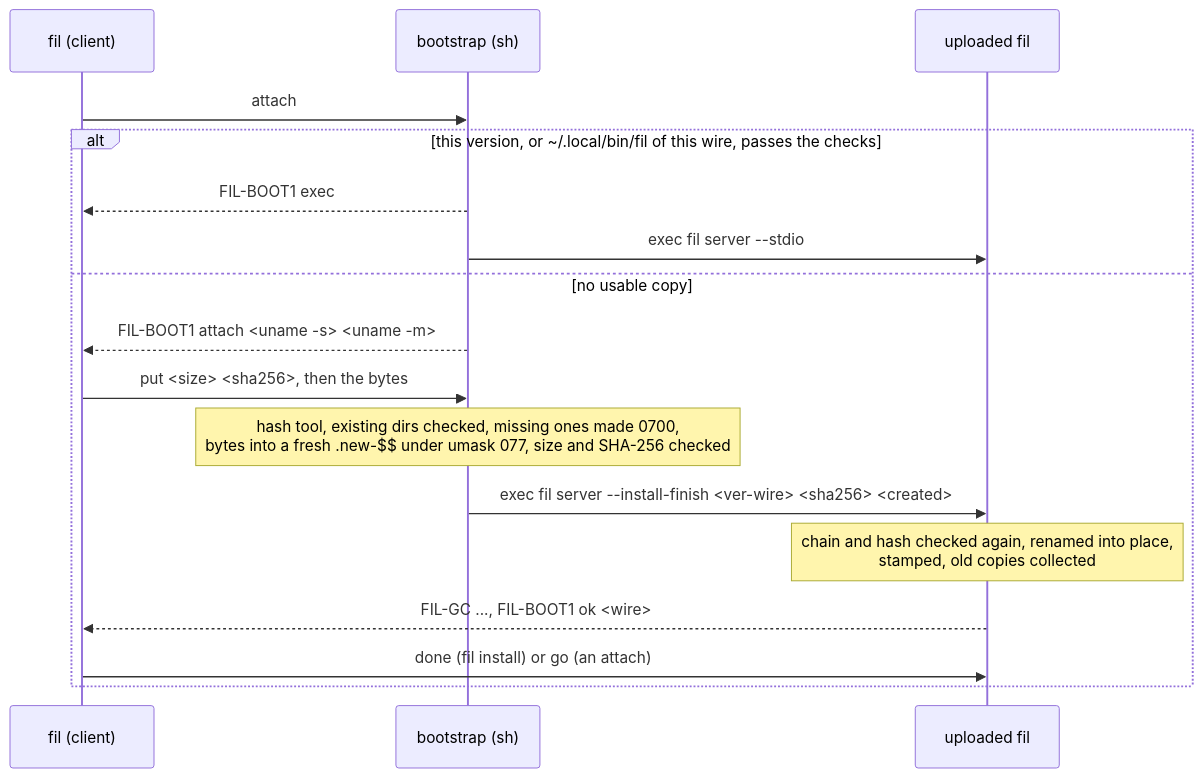
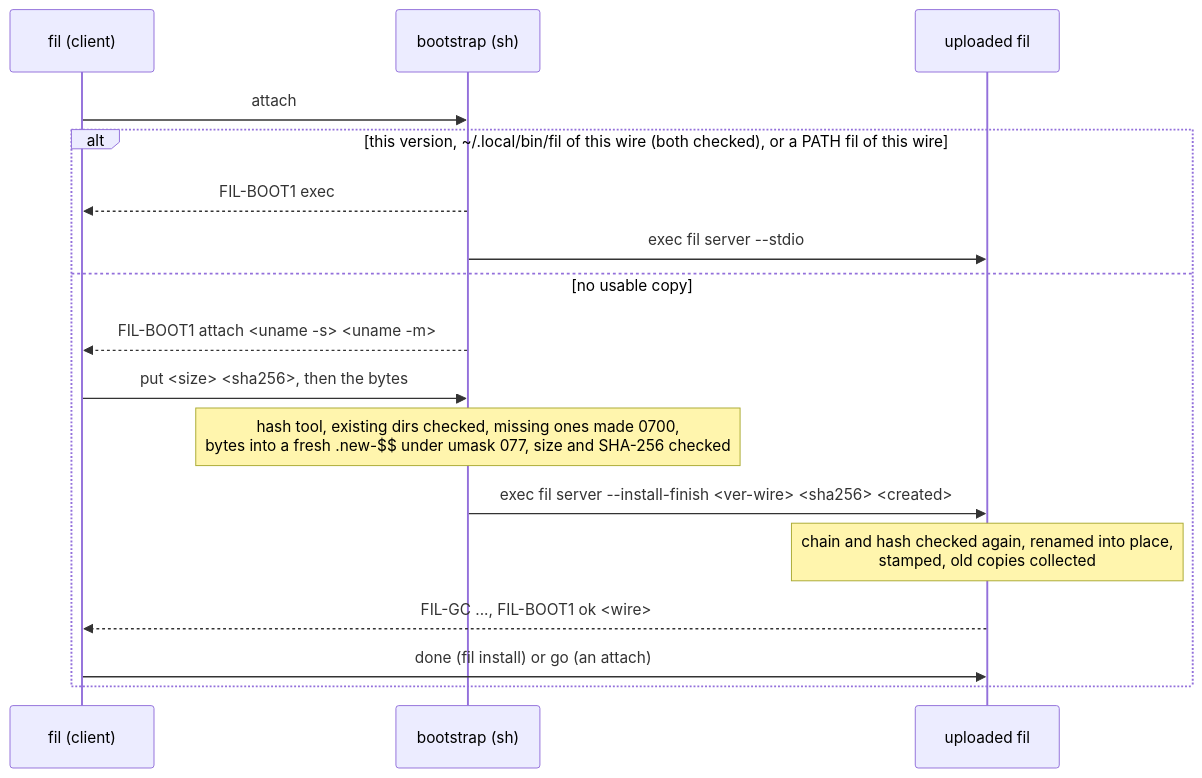
One commit to anthonytw/fil changed the diagram in docs/m4/install.md. Above: the diagram before and after it, drawn with Mermaid. The commit also changed other lines of this file and 20 other files, not shown here.

````diff
--- a/docs/m4/install.md
+++ b/docs/m4/install.md
@@ -55,19 +55,19 @@
 ```mermaid
 sequenceDiagram
   participant C as fil (client)
   participant B as bootstrap (sh)
   participant F as uploaded fil
   C->>B: attach
-  alt this version, or ~/.local/bin/fil of this wire, passes the checks
+  alt this version, ~/.local/bin/fil of this wire (both checked), or a PATH fil of this wire
     B-->>C: FIL-BOOT1 exec
     B->>F: exec fil server --stdio
   else no usable copy
     B-->>C: FIL-BOOT1 attach <uname -s> <uname -m>
     C->>B: put <size> <sha256>, then the bytes
     Note over B: hash tool, existing dirs checked, missing ones made 0700,<br/>bytes into a fresh .new-$$ under umask 077, size and SHA-256 checked
     B->>F: exec fil server --install-finish <ver-wire> <sha256> <created>
     Note over F: chain and hash checked again, renamed into place,<br/>stamped, old copies collected
     F-->>C: FIL-GC ..., FIL-BOOT1 ok <wire>
     C->>F: done (fil install) or go (an attach)
   end
 ```
````
